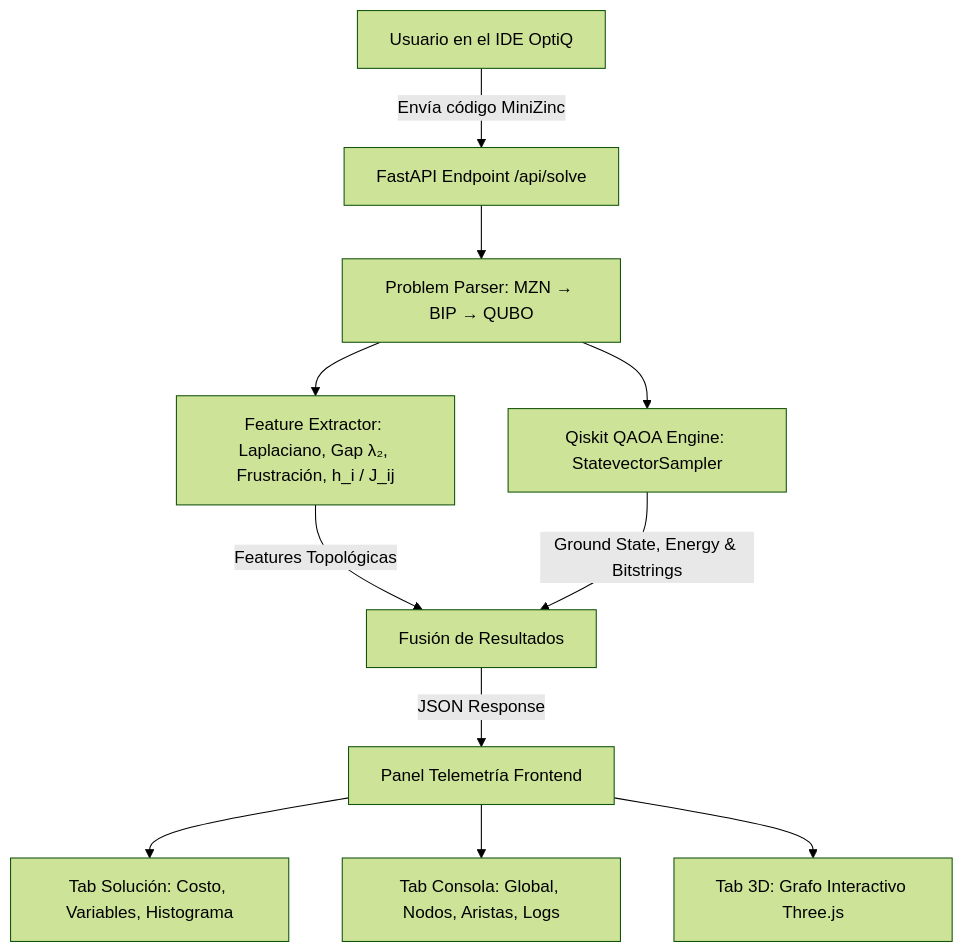
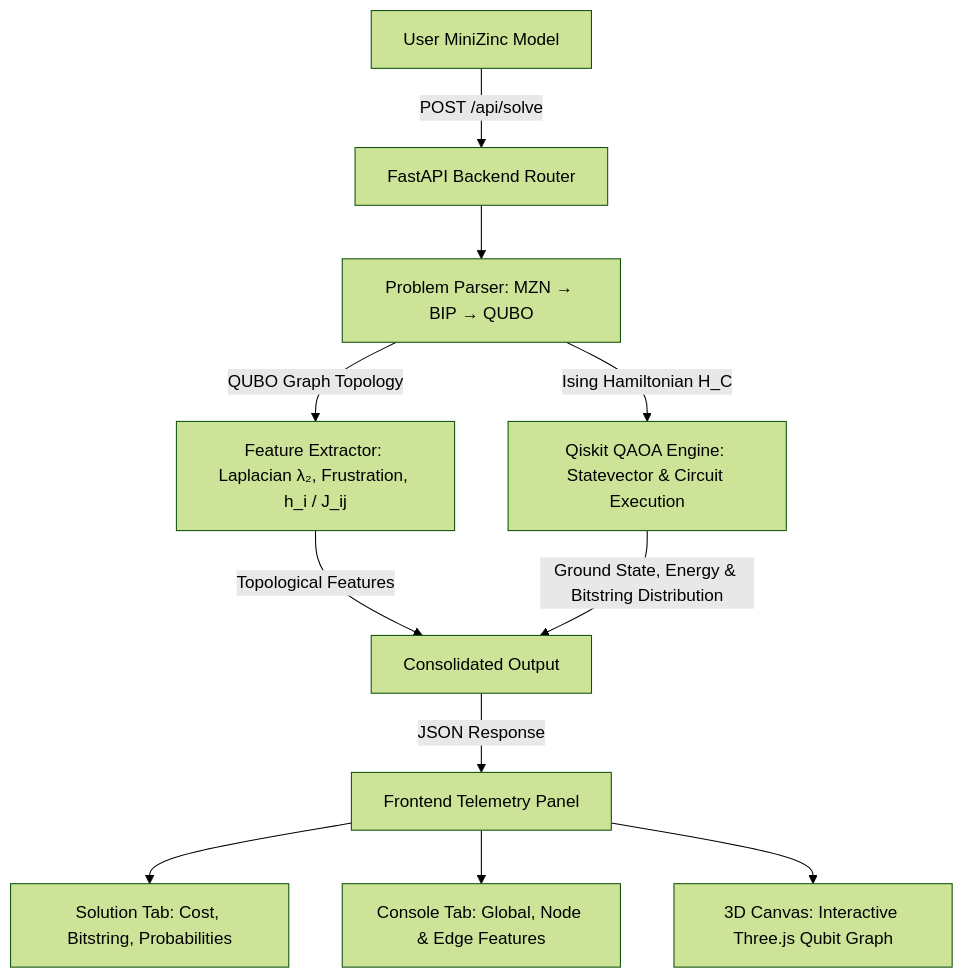
One commit to samuelArenas2005/OptiQ changed the diagram in README.md. Above: the diagram before and after it, drawn with Mermaid (forest theme). The commit also changed other lines of this file and 2 other files, not shown here.

````diff
--- a/README.md
+++ b/README.md
@@ -79,13 +103,13 @@
 ```mermaid
 flowchart TD
-    A[Usuario en el IDE OptiQ] -->|Envía código MiniZinc| B[FastAPI Endpoint /api/solve]
-    B --> C[Problem Parser: MZN → BIP → QUBO]
-    C --> D[Feature Extractor: Laplaciano, Gap λ₂, Frustración, h_i / J_ij]
-    C --> E[Qiskit QAOA Engine: StatevectorSampler]
-    D -->|Features Topológicas| F[Fusión de Resultados]
-    E -->|Ground State, Energy & Bitstrings| F
-    F -->|JSON Response| G[Panel Telemetría Frontend]
-    G --> H[Tab Solución: Costo, Variables, Histograma]
-    G --> I[Tab Consola: Global, Nodos, Aristas, Logs]
-    G --> J[Tab 3D: Grafo Interactivo Three.js]
+    A["User MiniZinc Model"] -->|POST /api/solve| B["FastAPI Backend Router"]
+    B --> C["Problem Parser: MZN → BIP → QUBO"]
+    C -->|QUBO Graph Topology| D["Feature Extractor: Laplacian λ₂, Frustration, h_i / J_ij"]
+    C -->|Ising Hamiltonian H_C| E["Qiskit QAOA Engine: Statevector & Circuit Execution"]
+    D -->|Topological Features| F["Consolidated Output"]
+    E -->|Ground State, Energy & Bitstring Distribution| F
+    F -->|JSON Response| G["Frontend Telemetry Panel"]
+    G --> H["Solution Tab: Cost, Bitstring, Probabilities"]
+    G --> I["Console Tab: Global, Node & Edge Features"]
+    G --> J["3D Canvas: Interactive Three.js Qubit Graph"]
 ```
````
